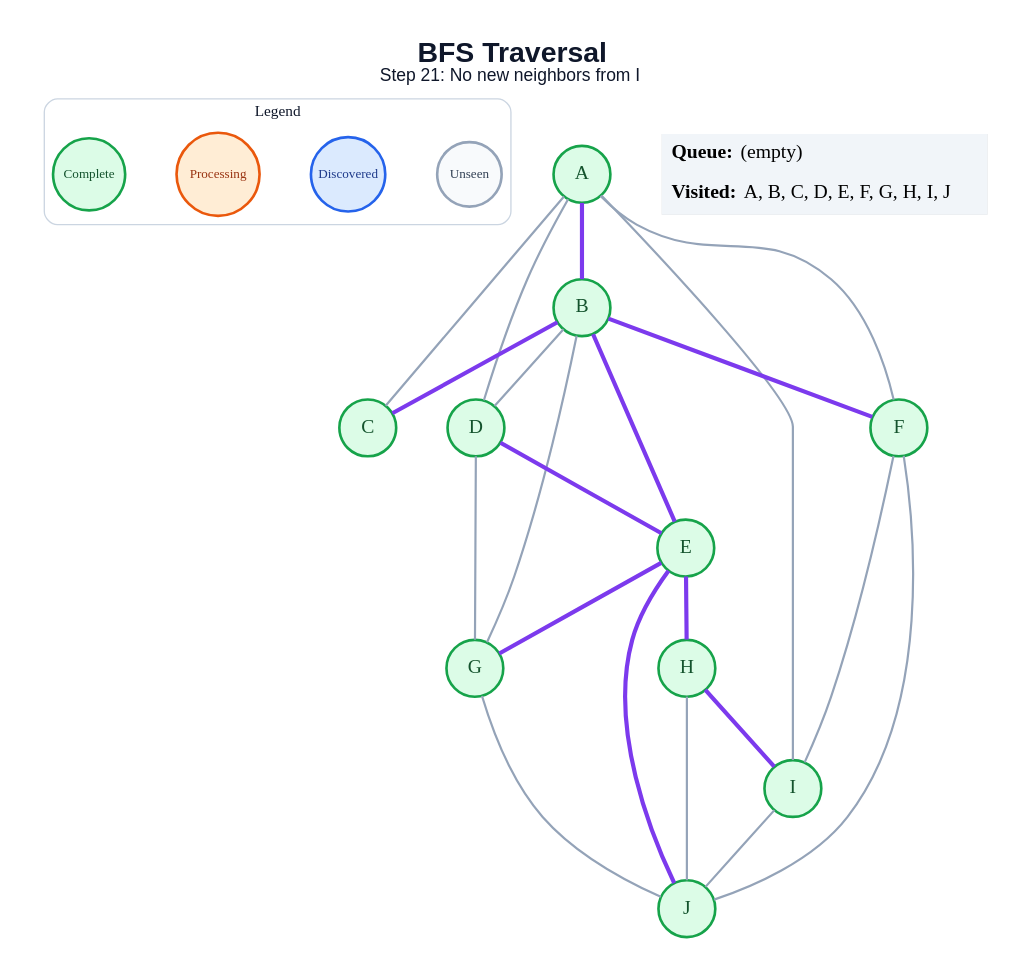
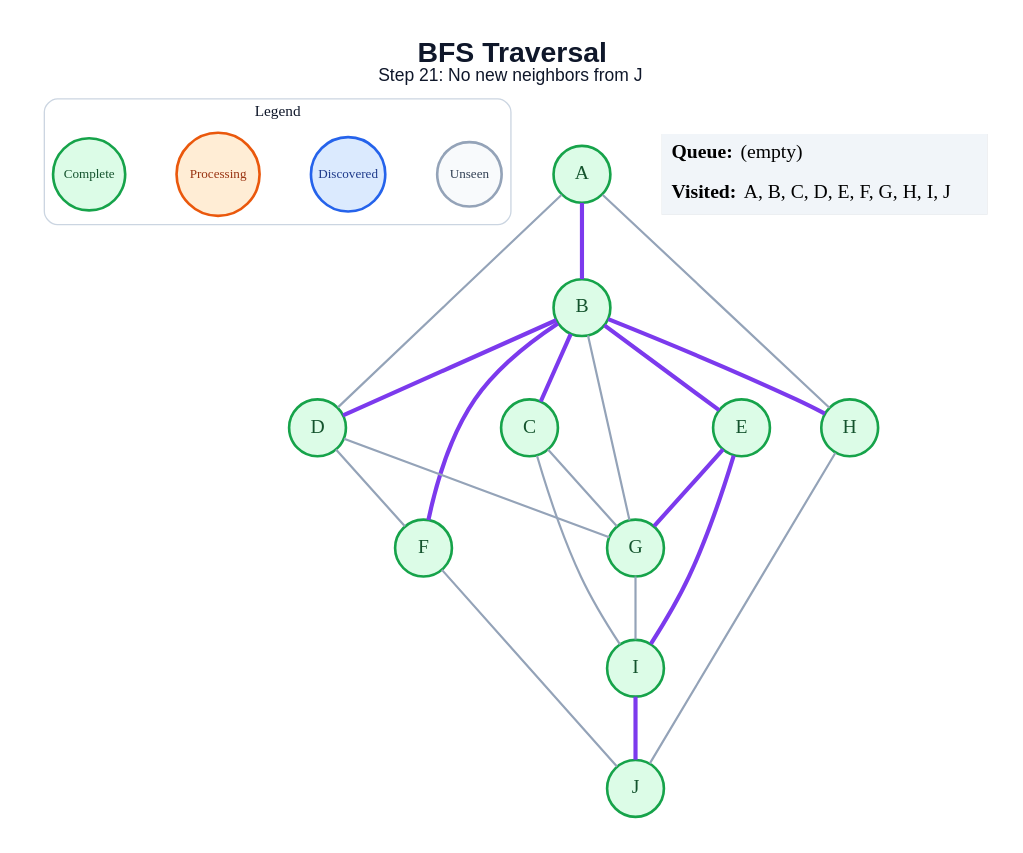
One commit to amanghodawala9/ai-slop changed the diagram in generated/specific-node/bfs/step_21.dot. Above: the diagram before and after it, drawn with Graphviz. The commit also changed 178 other files, not shown here.

```diff
--- a/generated/specific-node/bfs/step_21.dot
+++ b/generated/specific-node/bfs/step_21.dot
@@ -1,50 +1,48 @@
 graph traversal {
   graph [layout=dot, rankdir=TB, bgcolor="#FFFFFF", pad="0.35", nodesep="0.65", ranksep="0.8", fontname="Arial"];
   node [shape=circle, style="filled", fontname="Arial Bold", fontsize=18, width=0.72, fixedsize=true, penwidth=2.4];
   edge [color="#94A3B8", penwidth=2.0];
-  label=<<B>BFS Traversal</B><BR/><FONT POINT-SIZE="16">Step 21: No new neighbors from I</FONT>>; labelloc="t"; fontsize=26; fontname="Arial"; fontcolor="#0F172A";
+  label=<<B>BFS Traversal</B><BR/><FONT POINT-SIZE="16">Step 21: No new neighbors from J</FONT>>; labelloc="t"; fontsize=26; fontname="Arial"; fontcolor="#0F172A";
   subgraph cluster_legend { label="Legend"; color="#CBD5E1"; penwidth=1.2; style="rounded"; fontsize=14; fontname="Arial Bold";
     key_unseen [label="Unseen", fillcolor="#F8FAFC", color="#94A3B8", fontcolor="#334155", fontsize=12, width=0.82];
     key_frontier [label="Discovered", fillcolor="#DBEAFE", color="#2563EB", fontcolor="#1E3A8A", fontsize=12, width=0.95];
     key_current [label="Processing", fillcolor="#FFEDD5", color="#EA580C", fontcolor="#9A3412", fontsize=12, width=1.05];
     key_done [label="Complete", fillcolor="#DCFCE7", color="#16A34A", fontcolor="#14532D", fontsize=12, width=0.92];
     { rank=same; key_unseen; key_frontier; key_current; key_done; }
   }
   A [fillcolor="#DCFCE7", color="#16A34A", fontcolor="#14532D"];
   B [fillcolor="#DCFCE7", color="#16A34A", fontcolor="#14532D"];
   C [fillcolor="#DCFCE7", color="#16A34A", fontcolor="#14532D"];
   D [fillcolor="#DCFCE7", color="#16A34A", fontcolor="#14532D"];
   E [fillcolor="#DCFCE7", color="#16A34A", fontcolor="#14532D"];
   F [fillcolor="#DCFCE7", color="#16A34A", fontcolor="#14532D"];
   G [fillcolor="#DCFCE7", color="#16A34A", fontcolor="#14532D"];
   H [fillcolor="#DCFCE7", color="#16A34A", fontcolor="#14532D"];
   I [fillcolor="#DCFCE7", color="#16A34A", fontcolor="#14532D"];
   J [fillcolor="#DCFCE7", color="#16A34A", fontcolor="#14532D"];
   A -- B [color="#7C3AED", penwidth=3.8];
-  A -- C;
   A -- D;
-  A -- F;
-  A -- I;
+  A -- H;
   B -- C [color="#7C3AED", penwidth=3.8];
-  B -- D;
+  B -- D [color="#7C3AED", penwidth=3.8];
   B -- E [color="#7C3AED", penwidth=3.8];
   B -- F [color="#7C3AED", penwidth=3.8];
   B -- G;
-  D -- E [color="#7C3AED", penwidth=3.8];
+  B -- H [color="#7C3AED", penwidth=3.8];
+  C -- G;
+  C -- I;
+  D -- F;
   D -- G;
   E -- G [color="#7C3AED", penwidth=3.8];
-  E -- H [color="#7C3AED", penwidth=3.8];
-  E -- J [color="#7C3AED", penwidth=3.8];
-  F -- I;
+  E -- I [color="#7C3AED", penwidth=3.8];
   F -- J;
-  G -- J;
-  H -- I [color="#7C3AED", penwidth=3.8];
+  G -- I;
   H -- J;
-  I -- J;
+  I -- J [color="#7C3AED", penwidth=3.8];
   status [shape=plain, fixedsize=false, width=0, height=0, margin=0, label=<
     <TABLE BORDER="0" CELLBORDER="0" CELLPADDING="7" BGCOLOR="#F1F5F9">
       <TR><TD ALIGN="LEFT"><B>Queue:</B> (empty)</TD></TR>
       <TR><TD ALIGN="LEFT"><B>Visited:</B> A, B, C, D, E, F, G, H, I, J</TD></TR>
     </TABLE>
   >];
 }
```
